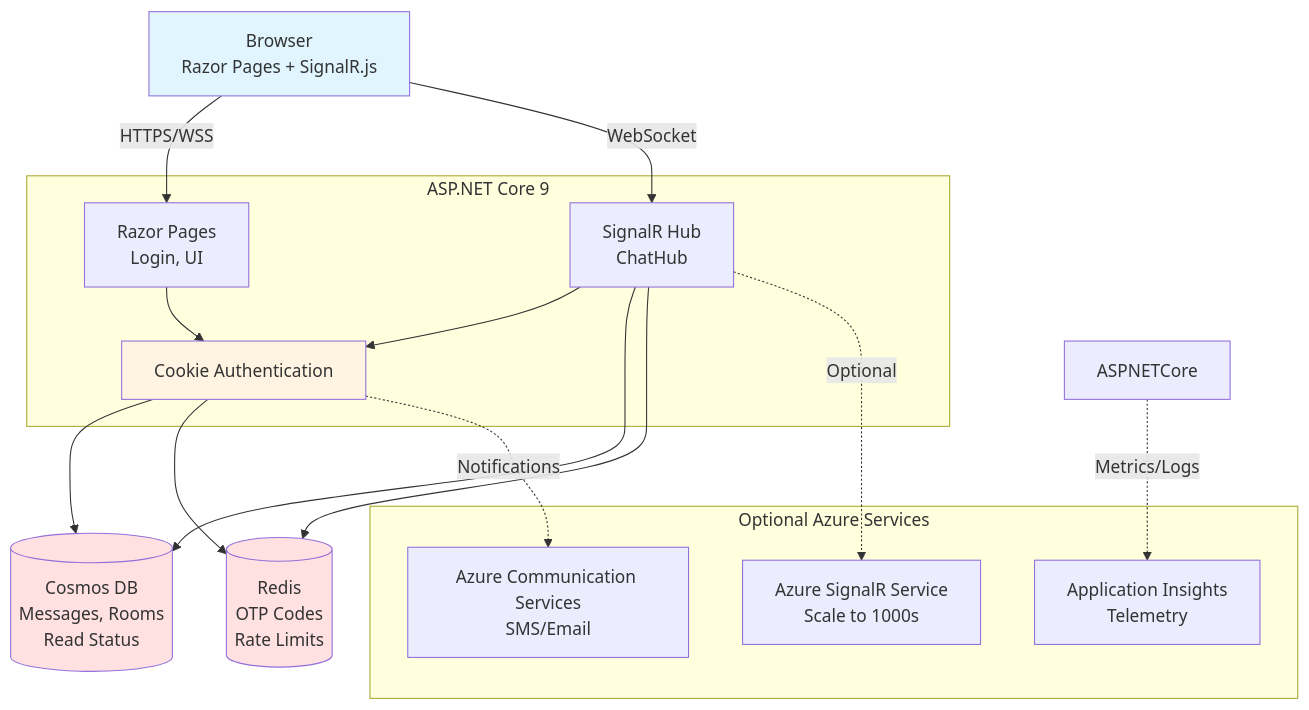
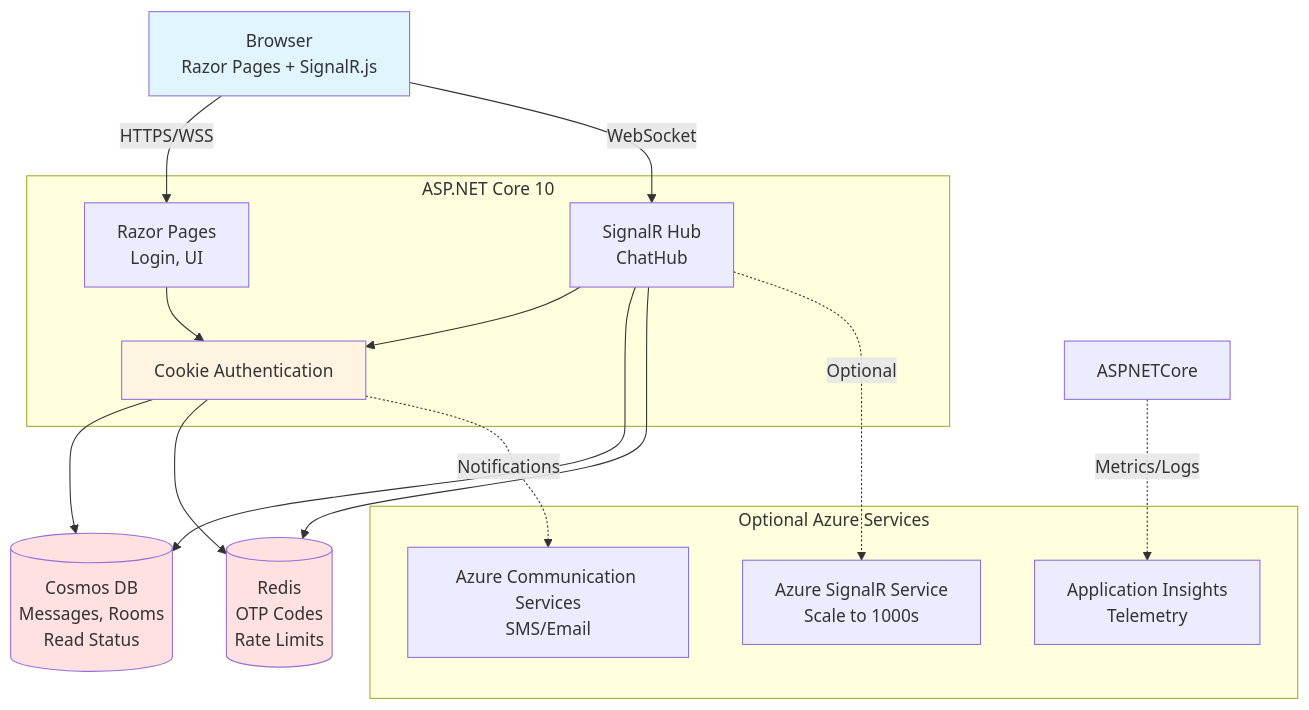
Before and after one commit to smereczynski/SignalR-Chat: the diagram in README.md, drawn with Mermaid. The commit also changed other lines of this file and 19 other files, not shown here.

````diff
--- a/README.md
+++ b/README.md
@@ -78,37 +78,37 @@
 ```mermaid
 graph TD
     Browser[Browser<br/>Razor Pages + SignalR.js]
     
-    subgraph "ASP.NET Core 9"
+    subgraph "ASP.NET Core 10"
         RazorPages[Razor Pages<br/>Login, UI]
         SignalRHub[SignalR Hub<br/>ChatHub]
         Auth[Cookie Authentication]
         
         RazorPages --> Auth
         SignalRHub --> Auth
     end
     
     Browser -->|HTTPS/WSS| RazorPages
     Browser -->|WebSocket| SignalRHub
     
     Auth --> CosmosDB[(Cosmos DB<br/>Messages, Rooms<br/>Read Status)]
     Auth --> Redis[(Redis<br/>OTP Codes<br/>Rate Limits)]
     
     SignalRHub --> CosmosDB
     SignalRHub --> Redis
     
     subgraph "Optional Azure Services"
         AzureSignalR[Azure SignalR Service<br/>Scale to 1000s]
         ACS[Azure Communication Services<br/>SMS/Email]
         AppInsights[Application Insights<br/>Telemetry]
     end
     
     SignalRHub -.->|Optional| AzureSignalR
     Auth -.->|Notifications| ACS
     ASPNETCore -.->|Metrics/Logs| AppInsights
     
     style Browser fill:#e1f5ff
     style CosmosDB fill:#ffe1e1
     style Redis fill:#ffe1e1
     style Auth fill:#fff4e1
 ```
````
